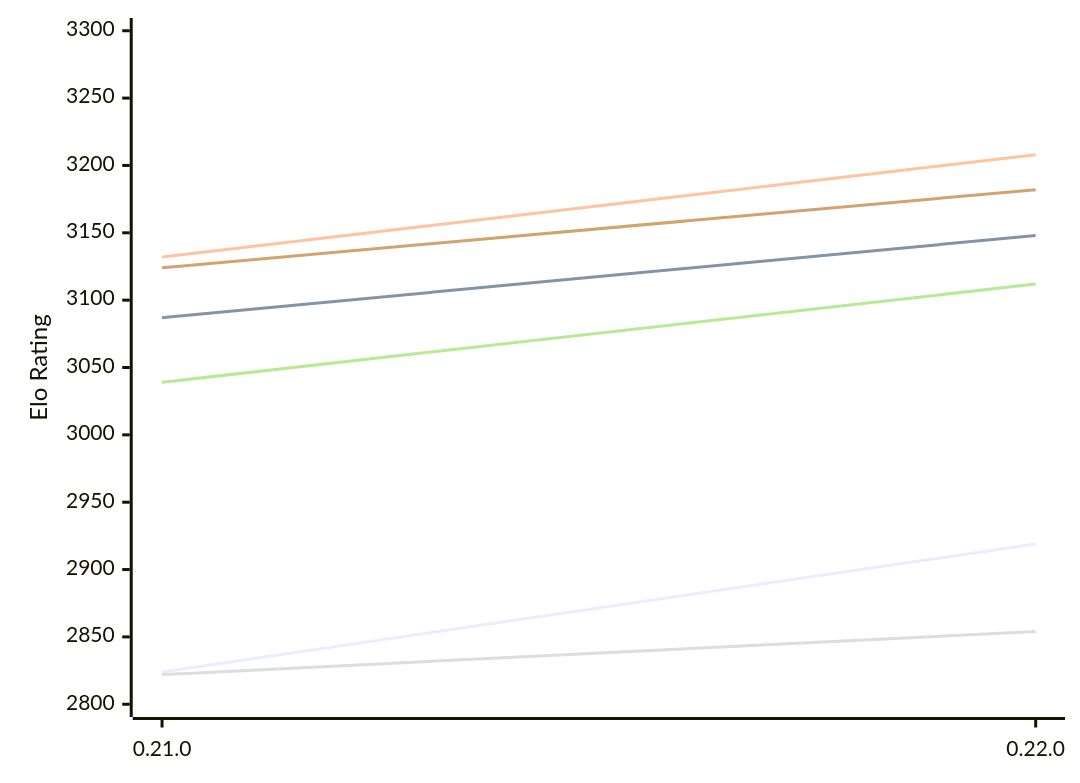
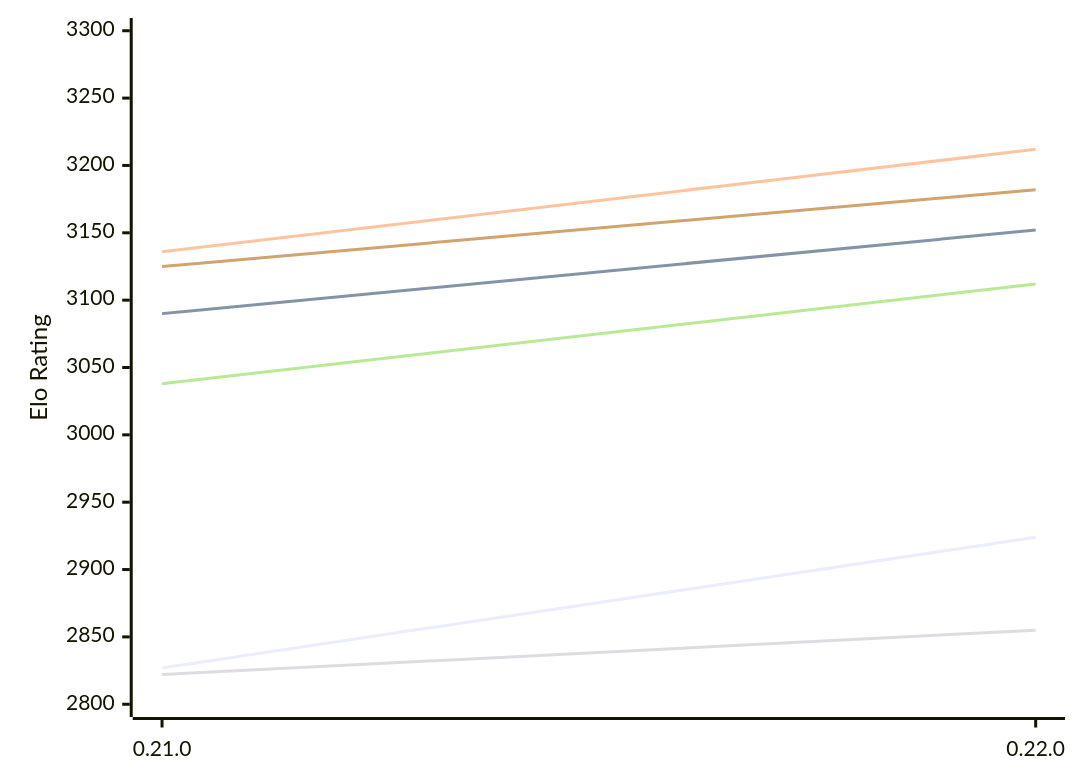
One commit to computer-chess-index/cci changed the first of 2 diagrams in engines/Princhess.md. Above: the diagram before and after it, drawn with Mermaid. The commit also changed other lines of this file, not shown here.

Commit message:
Update CCI Ratings (ELO VLTC) - 2026-11-22

````diff
--- a/engines/Princhess.md
+++ b/engines/Princhess.md
@@ -50,12 +50,12 @@
 ```mermaid
 %%{init: {"theme":"base","themeVariables":{"seriesColors:['#a3a3a3','#222221','#faa371']}}}%%
 xychart-beta
   x-axis ["0.21.0", "0.22.0"]
   y-axis "Elo Rating" 2800 --> 3300
-  line "E1: STC (8.0+0.08s)" [2824, 2919]
-  line "E1: LTC (60.0+0.60s)" [3087, 3148]
-  line "E1: VLTC (2m24s+1.12s)" [3132, 3208]
-  line "P1: STC (8.0+0.08s)" [2822, 2854]
-  line "P1: LTC (60.0+0.60s)" [3039, 3112]
-  line "P1: VLTC (2m24s+1.12s)" [3124, 3182]
+  line "E1: STC (8.0+0.08s)" [2827, 2924]
+  line "E1: LTC (60.0+0.60s)" [3090, 3152]
+  line "E1: VLTC (2m24s+1.12s)" [3136, 3212]
+  line "P1: STC (8.0+0.08s)" [2822, 2855]
+  line "P1: LTC (60.0+0.60s)" [3038, 3112]
+  line "P1: VLTC (2m24s+1.12s)" [3125, 3182]
 ```
````
